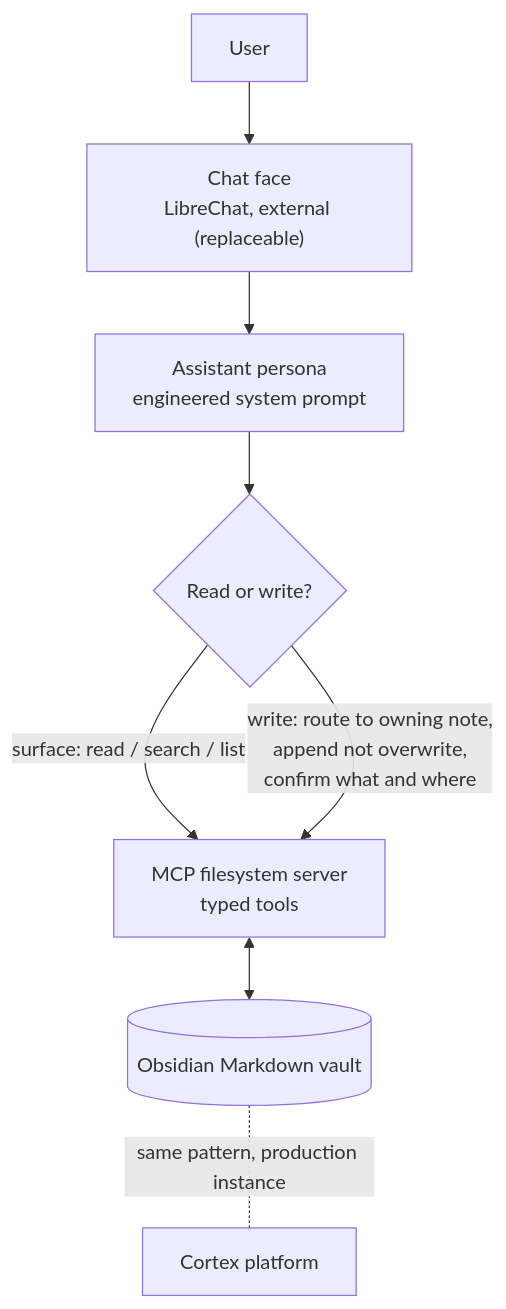
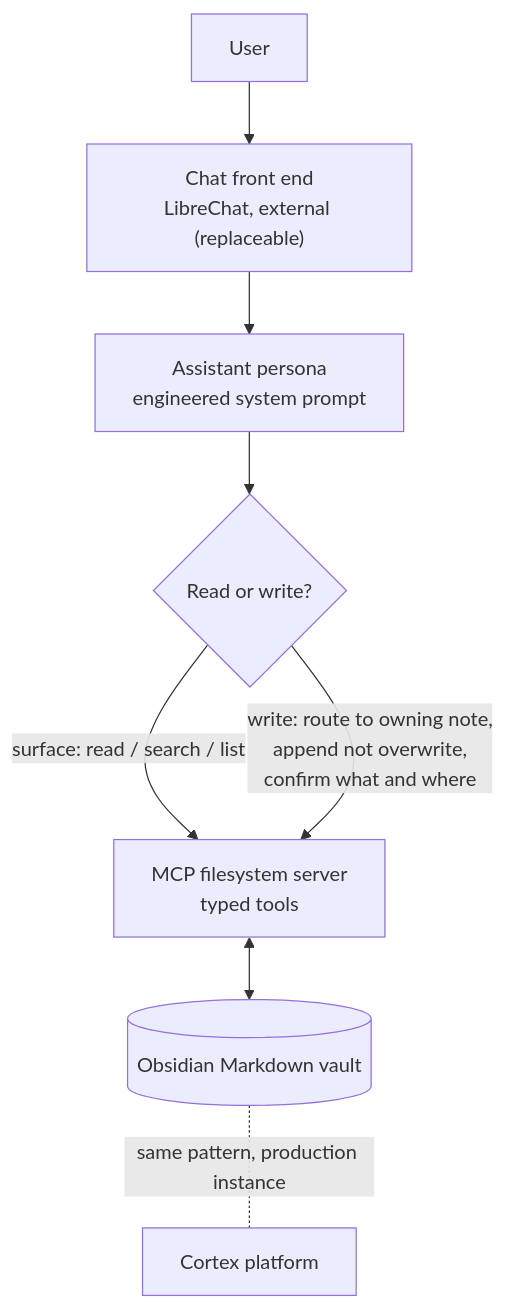
The diagram in README.md (janvrsinsky/jv-obsidian-assistant), drawn with Mermaid before and after one commit. The commit also changed other lines of this file and 1 other file, not shown here.

````diff
--- a/README.md
+++ b/README.md
@@ -61,10 +61,10 @@
 ```mermaid
 flowchart TB
-    U["User"] --> FACE["Chat face<br/>LibreChat, external (replaceable)"]
+    U["User"] --> FACE["Chat front end<br/>LibreChat, external (replaceable)"]
     FACE --> AG["Assistant persona<br/>engineered system prompt"]
     AG --> R{"Read or write?"}
     R -->|"surface: read / search / list"| MCP["MCP filesystem server<br/>typed tools"]
     R -->|"write: route to owning note,<br/>append not overwrite,<br/>confirm what and where"| MCP
     MCP <--> V[("Obsidian Markdown vault")]
     V -. "same pattern, production instance" .- CX["Cortex platform"]
 ```
````
